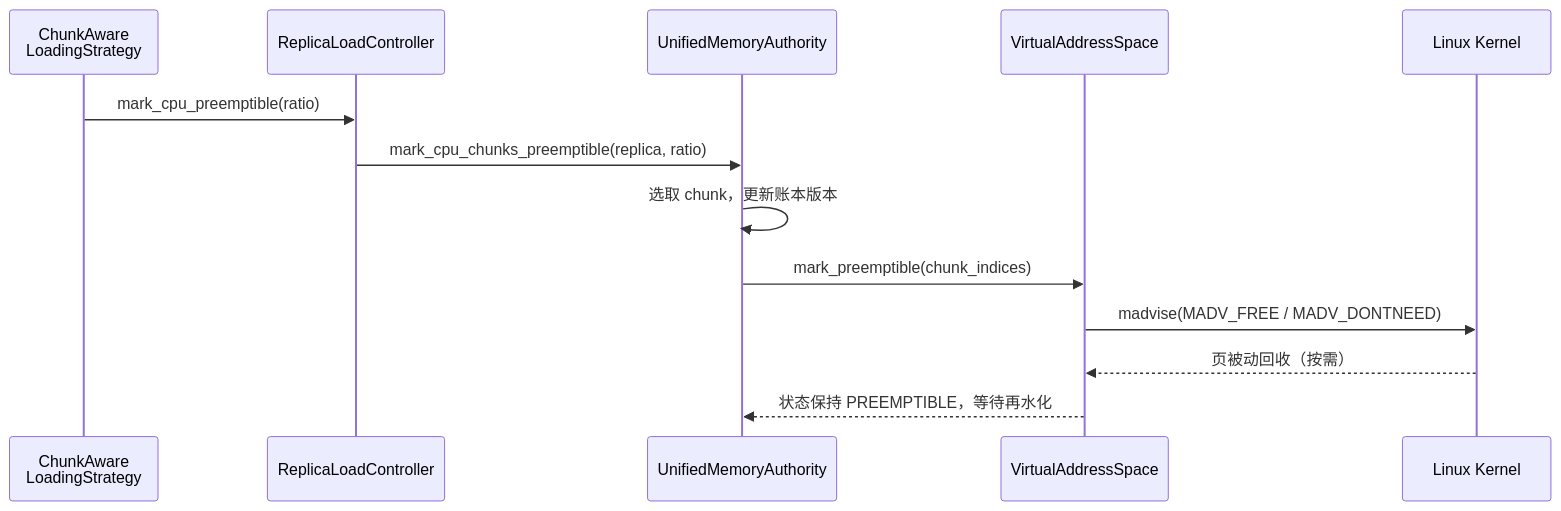
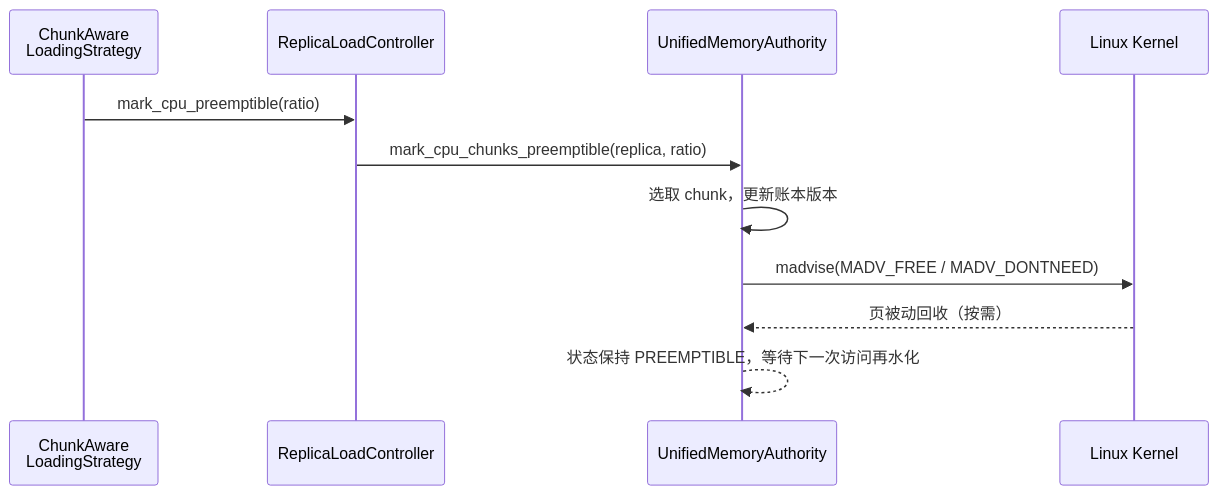
Before and after one commit to tensorcast-ai/tensorcast: the diagram in docs/internals/preemptible-memory.md, drawn with Mermaid. The commit also changed other lines of this file and 52 other files, not shown here.

Commit message:
refactor(store): remove VirtualAddressSpace dependency and transition to UnifiedMemoryAuthority for memory management

````diff
--- a/docs/internals/preemptible-memory.md
+++ b/docs/internals/preemptible-memory.md
@@ -51,16 +60,14 @@
 ```mermaid
 sequenceDiagram
     participant Loader as ChunkAware<br/>LoadingStrategy
     participant RLC as ReplicaLoadController
     participant UMA as UnifiedMemoryAuthority
-    participant VS as VirtualAddressSpace
     participant Kernel as Linux Kernel
 
     Loader->>RLC: mark_cpu_preemptible(ratio)
     RLC->>UMA: mark_cpu_chunks_preemptible(replica, ratio)
     UMA->>UMA: 选取 chunk，更新账本版本
-    UMA->>VS: mark_preemptible(chunk_indices)
-    VS->>Kernel: madvise(MADV_FREE / MADV_DONTNEED)
-    Kernel-->>VS: 页被动回收（按需）
-    VS-->>UMA: 状态保持 PREEMPTIBLE，等待再水化
+    UMA->>Kernel: madvise(MADV_FREE / MADV_DONTNEED)
+    Kernel-->>UMA: 页被动回收（按需）
+    UMA-->>UMA: 状态保持 PREEMPTIBLE，等待下一次访问再水化
 ```
````
